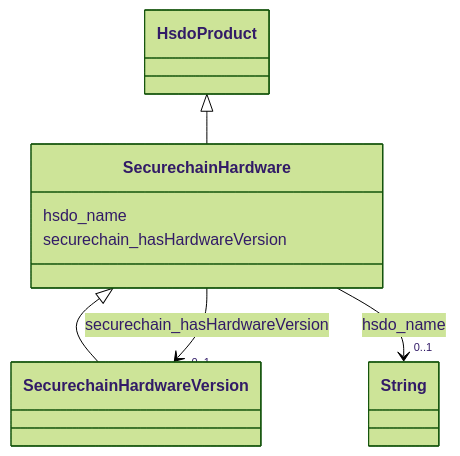
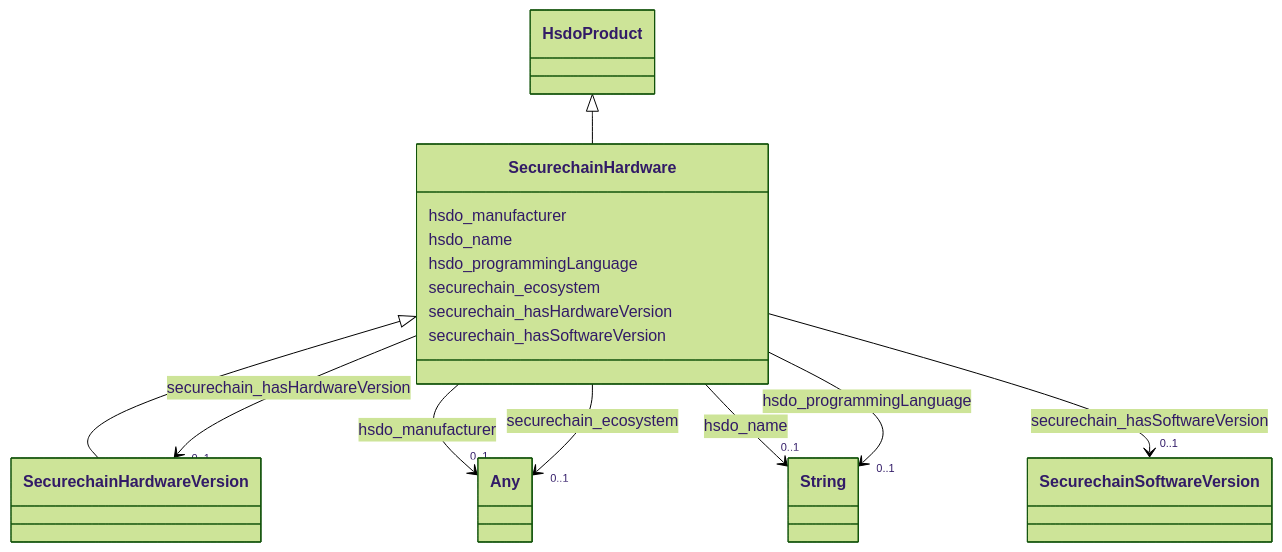
Before and after one commit to frink-okn/graph-descriptions: the diagram in secure-chain-kg/classes/SecurechainHardware.md, drawn with Mermaid (forest theme). The commit also changed other lines of this file and 39 other files, not shown here.

````diff
--- a/secure-chain-kg/classes/SecurechainHardware.md
+++ b/secure-chain-kg/classes/SecurechainHardware.md
@@ -23,32 +23,68 @@
 ```mermaid
  classDiagram
     class SecurechainHardware
     click SecurechainHardware href "../SecurechainHardware"
       HsdoProduct <|-- SecurechainHardware
         click HsdoProduct href "../HsdoProduct"
       
 
       SecurechainHardware <|-- SecurechainHardwareVersion
         click SecurechainHardwareVersion href "../SecurechainHardwareVersion"
       
       
+      SecurechainHardware : hsdo_manufacturer
+        
+          
+    
+    
+    SecurechainHardware --> "0..1" Any : hsdo_manufacturer
+    click Any href "../Any"
+
+        
       SecurechainHardware : hsdo_name
         
           
     
     
     SecurechainHardware --> "0..1" String : hsdo_name
     click String href "../String"
+
+        
+      SecurechainHardware : hsdo_programmingLanguage
+        
+          
+    
+    
+    SecurechainHardware --> "0..1" String : hsdo_programmingLanguage
+    click String href "../String"
+
+        
+      SecurechainHardware : securechain_ecosystem
+        
+          
+    
+    
+    SecurechainHardware --> "0..1" Any : securechain_ecosystem
+    click Any href "../Any"
 
         
       SecurechainHardware : securechain_hasHardwareVersion
         
           
     
     
     SecurechainHardware --> "0..1" SecurechainHardwareVersion : securechain_hasHardwareVersion
     click SecurechainHardwareVersion href "../SecurechainHardwareVersion"
 
         
+      SecurechainHardware : securechain_hasSoftwareVersion
+        
+          
+    
+    
+    SecurechainHardware --> "0..1" SecurechainSoftwareVersion : securechain_hasSoftwareVersion
+    click SecurechainSoftwareVersion href "../SecurechainSoftwareVersion"
+
+        
       
 ```
````
